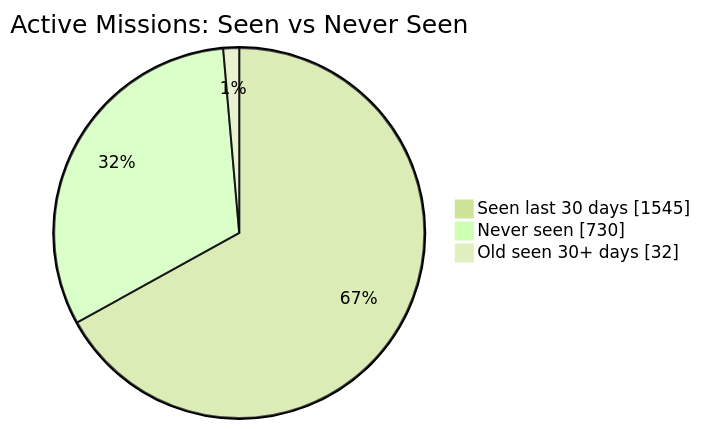
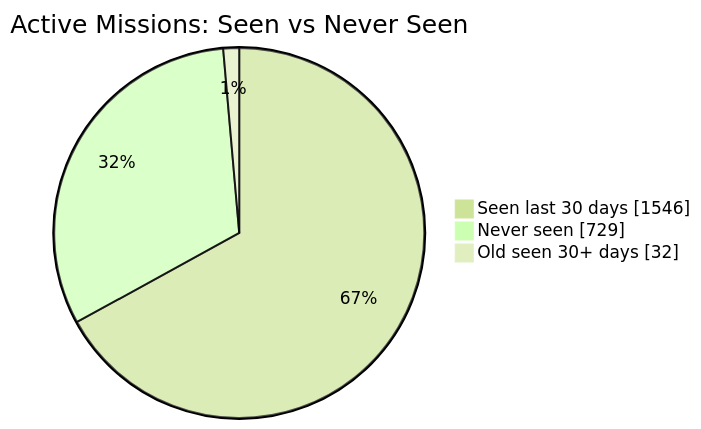
The first of 2 diagrams in README.md (MeldkamerspelGameTeam/active-missions), drawn with Mermaid (forest theme) before and after one commit. The commit also changed other lines of this file and 2 other files, not shown here.

````diff
--- a/README.md
+++ b/README.md
@@ -34,7 +34,7 @@
 ```mermaid
 pie showData
     title Active Missions: Seen vs Never Seen
-    "Seen last 30 days" : 1545
-    "Never seen" : 730
+    "Seen last 30 days" : 1546
+    "Never seen" : 729
     "Old seen 30+ days" : 32
 ```
````
